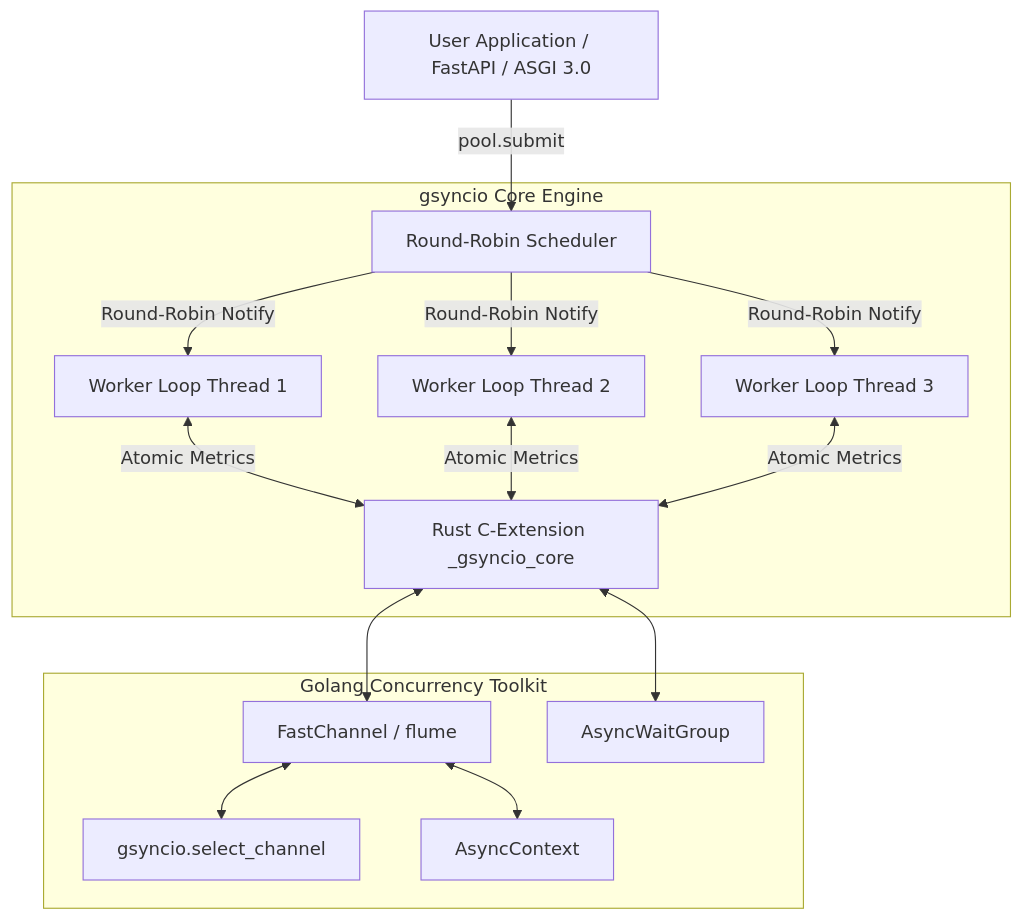
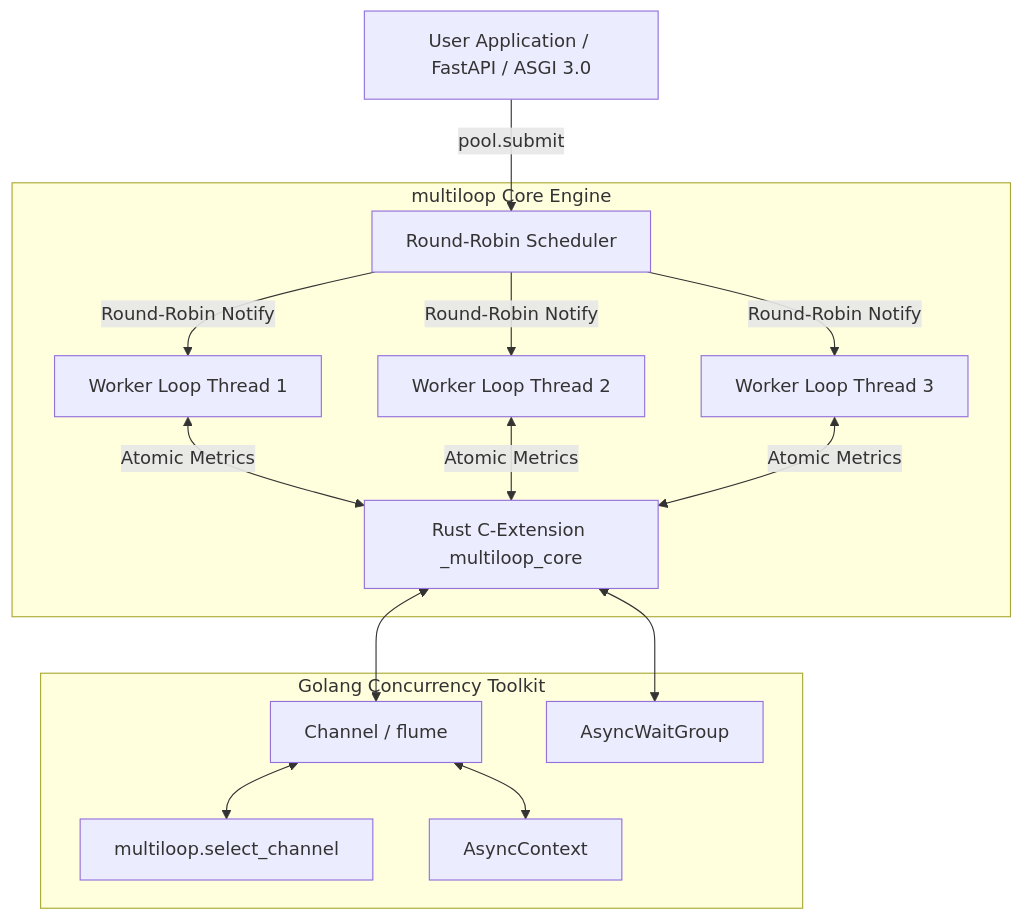
The diagram in README.md (hankaihong1/gsyncio), drawn with Mermaid before and after one commit. The commit also changed other lines of this file and 89 other files, not shown here.

First line of the commit message:
chore: rename package to multiloop v0.1.0 and standardize Channel API (#14)

````diff
--- a/README.md
+++ b/README.md
@@ -67,21 +67,21 @@
 ```mermaid
 graph TD
     UserApp[User Application / FastAPI / ASGI 3.0] -->|pool.submit| Scheduler[Round-Robin Scheduler]
     
-    subgraph gsyncio Core Engine
+    subgraph multiloop Core Engine
         Scheduler -->|Round-Robin Notify| W1[Worker Loop Thread 1]
         Scheduler -->|Round-Robin Notify| W2[Worker Loop Thread 2]
         Scheduler -->|Round-Robin Notify| W3[Worker Loop Thread 3]
         
-        W1 <-->|Atomic Metrics| RustCore[Rust C-Extension _gsyncio_core]
+        W1 <-->|Atomic Metrics| RustCore[Rust C-Extension _multiloop_core]
         W2 <-->|Atomic Metrics| RustCore
         W3 <-->|Atomic Metrics| RustCore
     end
     
     subgraph Golang Concurrency Toolkit
-        RustCore <--> FastChan[FastChannel / flume]
-        FastChan <--> Select[gsyncio.select_channel]
+        RustCore <--> FastChan[Channel / flume]
+        FastChan <--> Select[multiloop.select_channel]
         FastChan <--> Context[AsyncContext]
         RustCore <--> WaitGroup[AsyncWaitGroup]
     end
 ```
````
